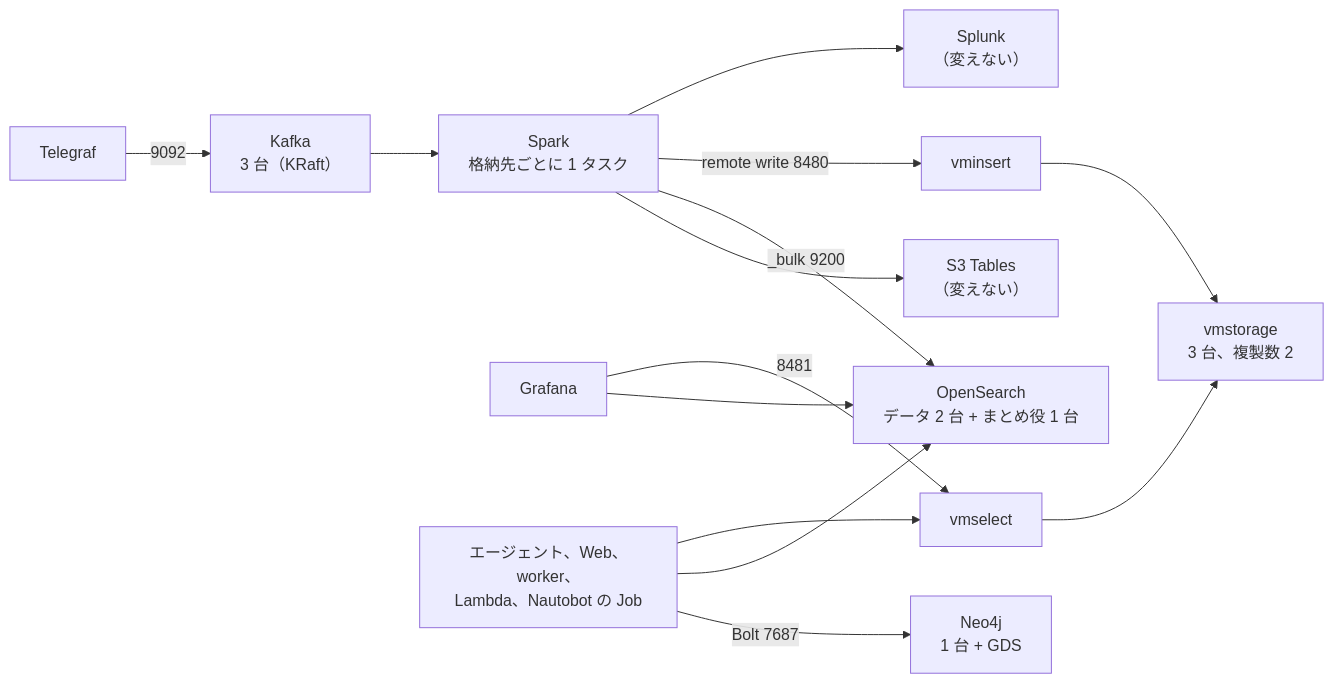
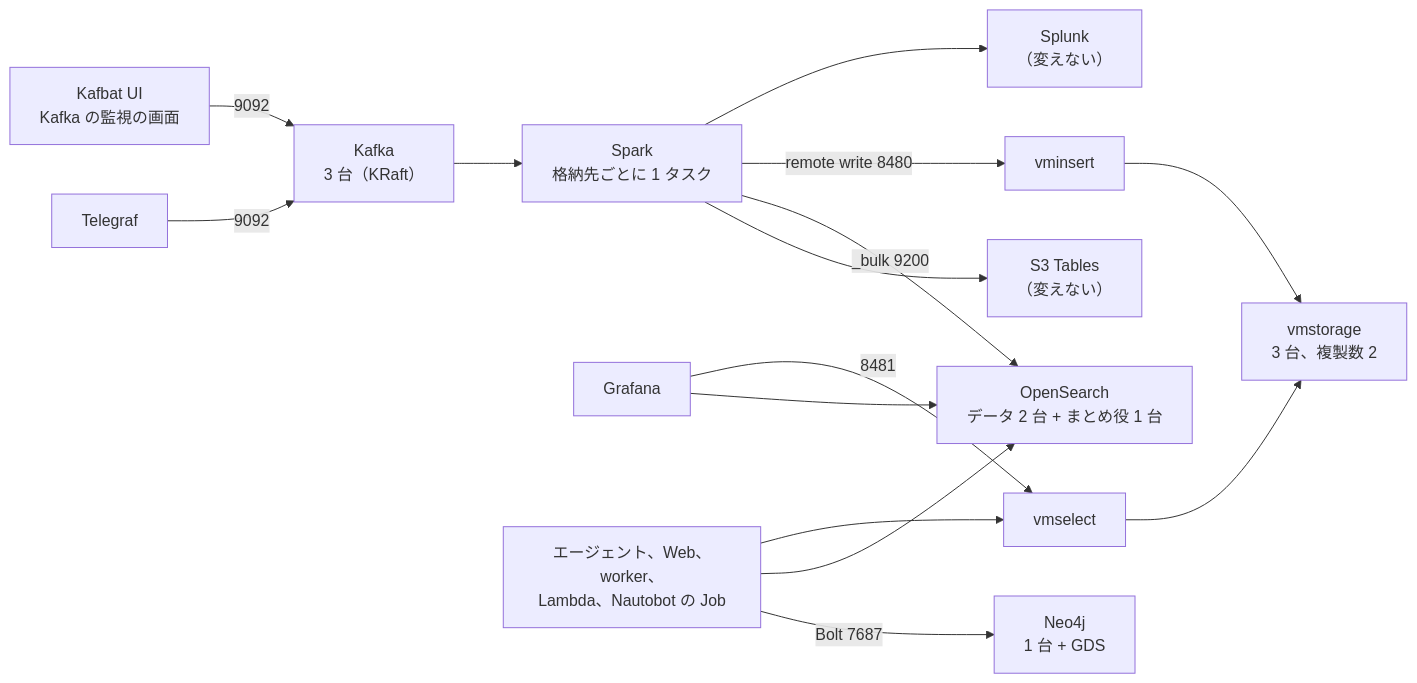
One commit to eddie-eights/nwc-poc changed the diagram in docs/cycles/005-oss-on-ecs/design.md. Above: the diagram before and after it, drawn with Mermaid. The commit also changed other lines of this file and 2 other files, not shown here.

Commit message:
005: Kafka の監視の画面に Kafbat UI を足す（2026-10-05 のユーザー決定。1 タスク、見るだけ、ログインあり）

````diff
--- a/docs/cycles/005-oss-on-ecs/design.md
+++ b/docs/cycles/005-oss-on-ecs/design.md
@@ -43,16 +43,17 @@
 ```mermaid
 flowchart LR
   T["Telegraf"] -->|"9092"| K["Kafka<br/>3 台（KRaft）"]
   K --> S["Spark<br/>格納先ごとに 1 タスク"]
+  KU["Kafbat UI<br/>Kafka の監視の画面"] -->|"9092"| K
   S --> I["S3 Tables<br/>（変えない）"]
   S -->|"_bulk 9200"| O["OpenSearch<br/>データ 2 台 + まとめ役 1 台"]
   S -->|"remote write 8480"| VI["vminsert"]
   VI --> VS["vmstorage<br/>3 台、複製数 2"]
   VQ["vmselect"] --> VS
   S --> SP["Splunk<br/>（変えない）"]
   G["Grafana"] --> O
   G -->|"8481"| VQ
   A["エージェント、Web、worker、<br/>Lambda、Nautobot の Job"] -->|"Bolt 7687"| N["Neo4j<br/>1 台 + GDS"]
   A --> O
   A --> VQ
 ```
````
